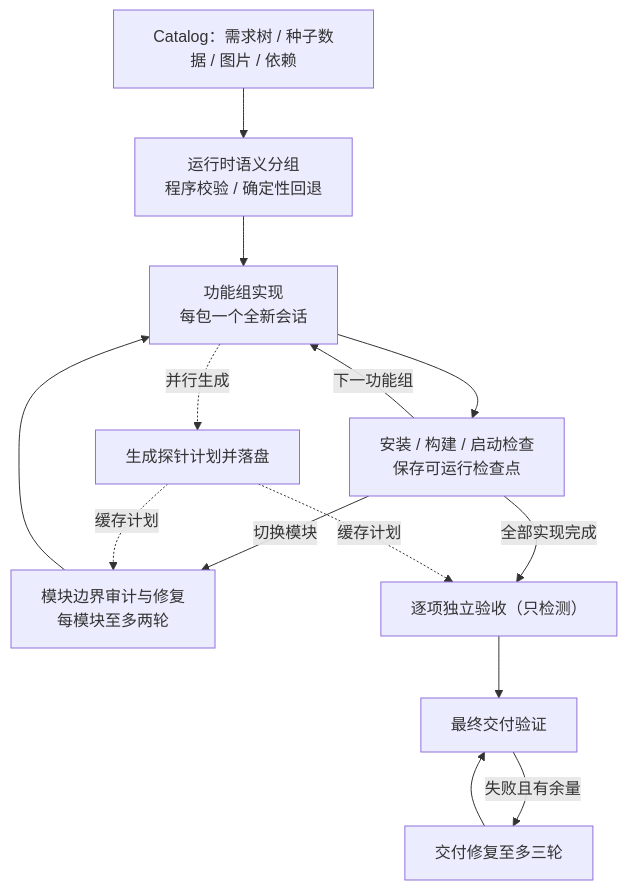
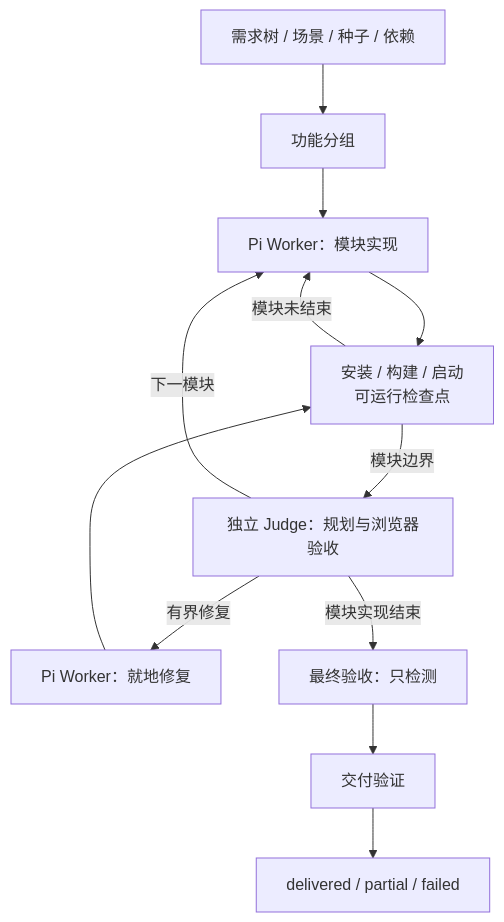
Before and after one commit to TheaDust/Shallow: the diagram in README.md, drawn with Mermaid. The commit also changed other lines of this file and 7229 other files, not shown here.

````diff
--- a/README.md
+++ b/README.md
@@ -83,16 +9,14 @@
 ```mermaid
 flowchart TD
-    C[Catalog：需求树 / 种子数据 / 图片 / 依赖] --> G[运行时语义分组<br/>程序校验 / 确定性回退]
-    G --> M[功能组实现<br/>每包一个全新会话]
-    M -.并行生成.-> P[生成探针计划并落盘]
-    M --> K[安装 / 构建 / 启动检查<br/>保存可运行检查点]
-    K -->|下一功能组| M
-    K -->|切换模块| BA[模块边界审计与修复<br/>每模块至多两轮]
-    BA --> M
-    K -->|全部实现完成| J[逐项独立验收（只检测）]
-    P -.缓存计划.-> BA
-    P -.缓存计划.-> J
-    J --> F[最终交付验证]
-    F -->|失败且有余量| DR[交付修复至多三轮]
-    DR --> F
+    C[需求树 / 场景 / 种子 / 依赖] --> G[功能分组]
+    G --> B[Pi Worker：模块实现]
+    B --> K[安装 / 构建 / 启动<br/>可运行检查点]
+    K -->|模块未结束| B
+    K -->|模块边界| J[独立 Judge：规划与浏览器验收]
+    J -->|下一模块| B
+    J -->|有界修复| R[Pi Worker：就地修复]
+    R --> K
+    J -->|模块实现结束| A[最终验收：只检测]
+    A --> D[交付验证]
+    D --> S[delivered / partial / failed]
 ```
````
